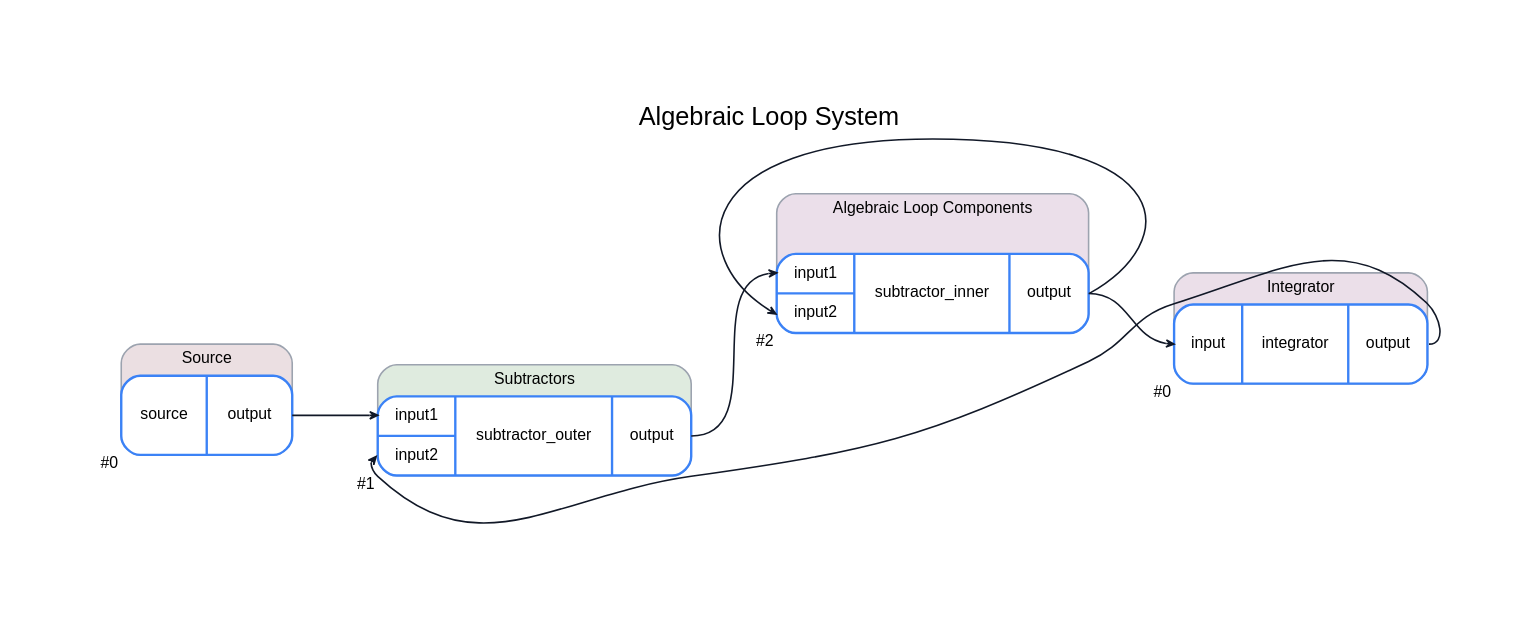
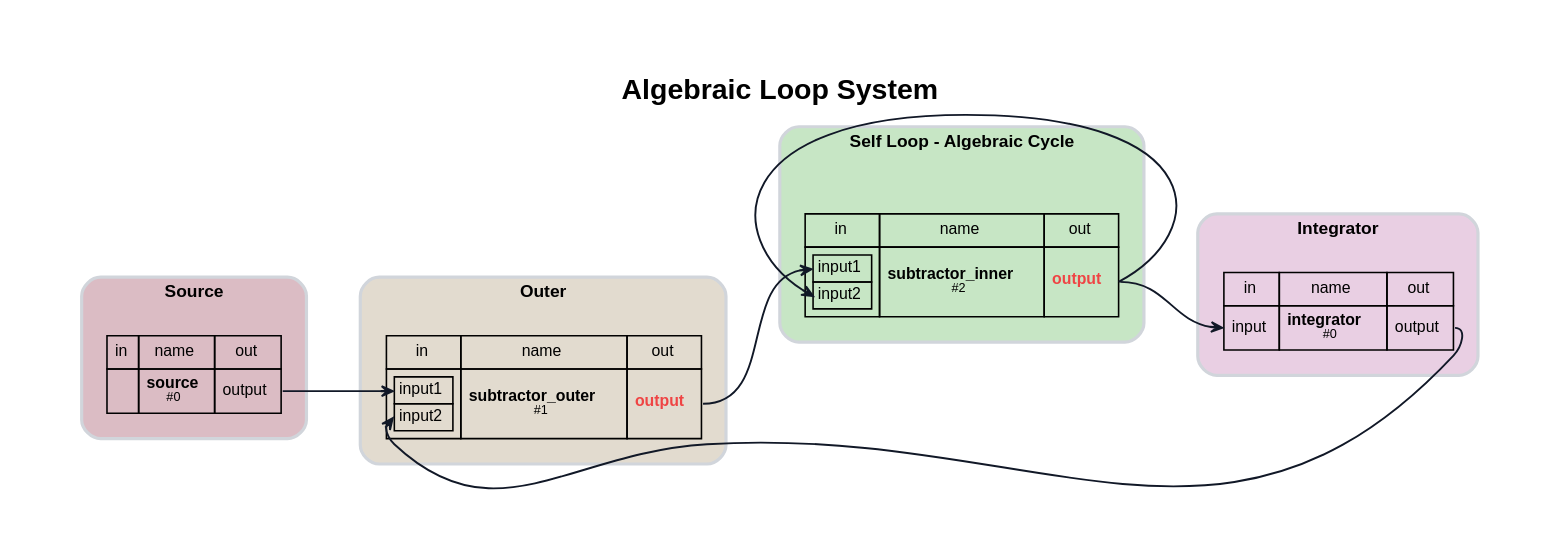
Before and after one commit to FlorianFrech/SystemSimulation: the diagram in examples/AlgebraicLoops/Digraph.gv, drawn with Graphviz. The commit also changed 40 other files, not shown here.

Commit message:
Update: - State Synchronization Verification cases for swing, driven, combined, and impact with uniform trajectory and error plotting - Modelica: Pendulum with wall contiuous, added outputs for port handling with SysSimX - Updated System graph for visualizing outputs with direct feed-through

```diff
--- a/examples/AlgebraicLoops/Digraph.gv
+++ b/examples/AlgebraicLoops/Digraph.gv
@@ -1,27 +1,27 @@
 // System: Algebraic Loop System
 digraph {
-	graph [bgcolor=white compound=true esep=0 fontname=Helvetica fontsize=16 label="Algebraic Loop System" labelloc=t margin=0.2 nodesep=1 pad=0.75 rankdir=LR ranksep=0.75 sep=0 smoothType=graph_dist splines=true]
-	node [color="#3b82f6" fillcolor=white fontname=Helvetica fontsize=10 height=0.7 margin="0.12,0.1" penwidth=1.5 shape=record style="rounded,filled" width=1.5]
-	edge [arrowhead=open arrowsize=0.5 arrowtail=none color="#111827" dir=forward fontname=Helvetica fontsize=10 labelangle=45 labelfontcolor="#374151" minlen=1.4 penwidth=1 style=solid]
+	graph [bgcolor=white compound=true esep=0 fontname="Helvetica-Bold" fontsize=18 label="Algebraic Loop System" labelloc=t margin=0.2 nodesep=0.8 pad=0.5 rankdir=LR ranksep=0.8 sep=0 splines=true]
+	node [fillcolor=white fontname=Helvetica fontsize=10 margin="0.05,0.05" shape=plaintext style=""]
+	edge [arrowhead=vee arrowsize=0.7 arrowtail=none color="#111827" dir=forward fontname=Helvetica fontsize=10 labelangle=45 labelfontcolor="#374151" minlen=1.2 penwidth=1.2]
 	subgraph cluster_Source {
-		bgcolor="#ebdfe2" color="#9ca3af" fontname=Helvetica fontsize=10 label=Source style=rounded
-		source [label="{ source | { <output> output } }" xlabel="#0"]
+		bgcolor="#dbbcc4" color="#d1d5db" fontname="Helvetica-Bold" fontsize=11 label=Source margin=12 penwidth=2 style=rounded
+		source [label=<<TABLE BORDER="0" CELLBORDER="1" CELLSPACING="0" CELLPADDING="4"><TR><TD>in</TD><TD>name</TD><TD>out</TD></TR><TR><TD></TD><TD><B>source</B><BR/><FONT POINT-SIZE="8">#0</FONT></TD><TD PORT="output">output</TD></TR></TABLE>>]
 	}
-	subgraph cluster_Subtractors {
-		bgcolor="#dfebdf" color="#9ca3af" fontname=Helvetica fontsize=10 label=Subtractors style=rounded
-		subtractor_outer [label="{ { <input1> input1 | <input2> input2 } | subtractor_outer | { <output> output } }" xlabel="#1"]
+	subgraph cluster_Outer {
+		bgcolor="#e2dbcf" color="#d1d5db" fontname="Helvetica-Bold" fontsize=11 label=Outer margin=12 penwidth=2 style=rounded
+		subtractor_outer [label=<<TABLE BORDER="0" CELLBORDER="1" CELLSPACING="0" CELLPADDING="4"><TR><TD>in</TD><TD>name</TD><TD>out</TD></TR><TR><TD><TABLE BORDER="0" CELLBORDER="1" CELLSPACING="0" CELLPADDING="2"><TR><TD PORT="input1">input1</TD></TR><TR><TD PORT="input2">input2</TD></TR></TABLE></TD><TD><B>subtractor_outer</B><BR/><FONT POINT-SIZE="8">#1</FONT></TD><TD PORT="output"><FONT COLOR="#ef4444"><B>output</B></FONT></TD></TR></TABLE>>]
 	}
-	subgraph "cluster_Algebraic Loop Components" {
-		bgcolor="#ebdfea" color="#9ca3af" fontname=Helvetica fontsize=10 label="Algebraic Loop Components" style=rounded
-		subtractor_inner [label="{ { <input1> input1 | <input2> input2 } | subtractor_inner | { <output> output } }" xlabel="#2"]
+	subgraph "cluster_Self Loop - Algebraic Cycle" {
+		bgcolor="#c7e6c5" color="#d1d5db" fontname="Helvetica-Bold" fontsize=11 label="Self Loop - Algebraic Cycle" margin=12 penwidth=2 style=rounded
+		subtractor_inner [label=<<TABLE BORDER="0" CELLBORDER="1" CELLSPACING="0" CELLPADDING="4"><TR><TD>in</TD><TD>name</TD><TD>out</TD></TR><TR><TD><TABLE BORDER="0" CELLBORDER="1" CELLSPACING="0" CELLPADDING="2"><TR><TD PORT="input1">input1</TD></TR><TR><TD PORT="input2">input2</TD></TR></TABLE></TD><TD><B>subtractor_inner</B><BR/><FONT POINT-SIZE="8">#2</FONT></TD><TD PORT="output"><FONT COLOR="#ef4444"><B>output</B></FONT></TD></TR></TABLE>>]
 	}
 	subgraph cluster_Integrator {
-		bgcolor="#ebdfe9" color="#9ca3af" fontname=Helvetica fontsize=10 label=Integrator style=rounded
-		integrator [label="{ { <input> input } | integrator | { <output> output } }" xlabel="#0"]
+		bgcolor="#e9cfe3" color="#d1d5db" fontname="Helvetica-Bold" fontsize=11 label=Integrator margin=12 penwidth=2 style=rounded
+		integrator [label=<<TABLE BORDER="0" CELLBORDER="1" CELLSPACING="0" CELLPADDING="4"><TR><TD>in</TD><TD>name</TD><TD>out</TD></TR><TR><TD PORT="input">input</TD><TD><B>integrator</B><BR/><FONT POINT-SIZE="8">#0</FONT></TD><TD PORT="output">output</TD></TR></TABLE>>]
 	}
 	source -> subtractor_outer [label="" color="#111827" headclip=true headport="input1:w" style=solid tailclip=true tailport="output:e"]
 	subtractor_outer -> subtractor_inner [label="" color="#111827" headclip=true headport="input1:w" style=solid tailclip=true tailport="output:e"]
 	subtractor_inner -> integrator [label="" color="#111827" headclip=true headport="input:w" style=solid tailclip=true tailport="output:e"]
 	subtractor_inner -> subtractor_inner [label="" color="#111827" headclip=true headport="input2:w" style=solid tailclip=true tailport="output:e"]
 	integrator -> subtractor_outer [label="" color="#111827" headclip=true headport="input2:w" style=solid tailclip=true tailport="output:e"]
 }
```
